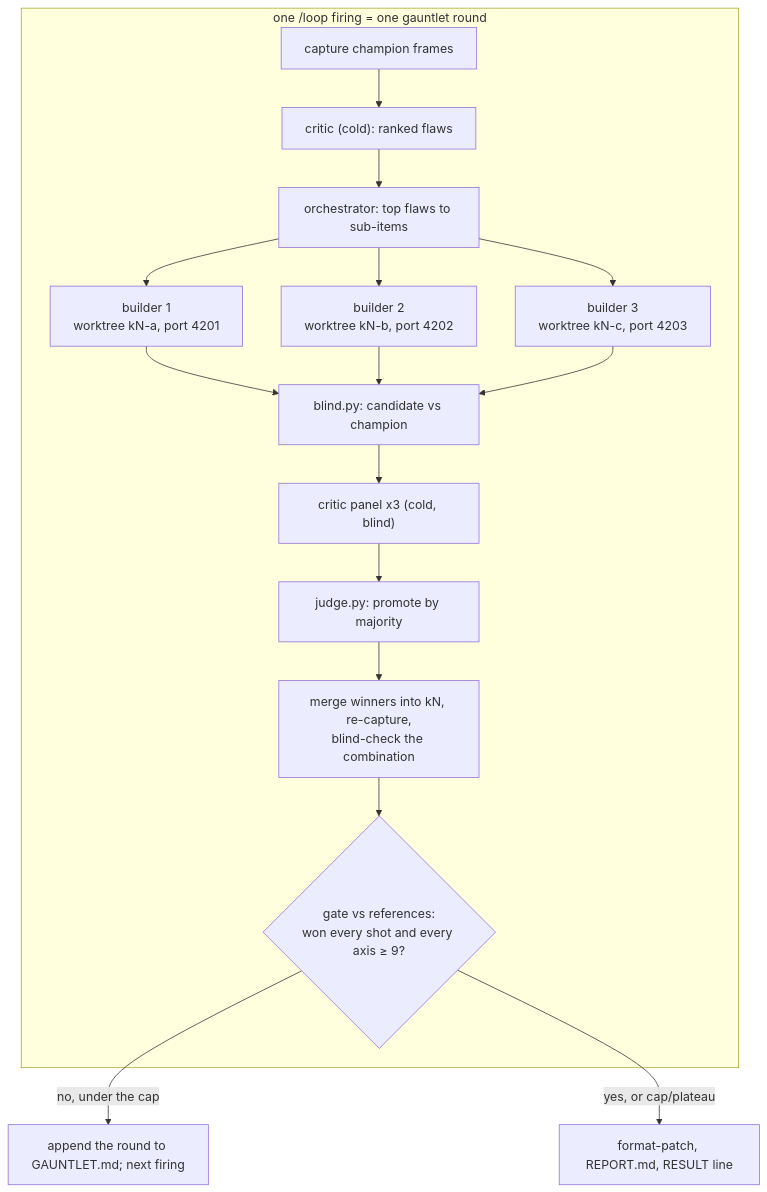
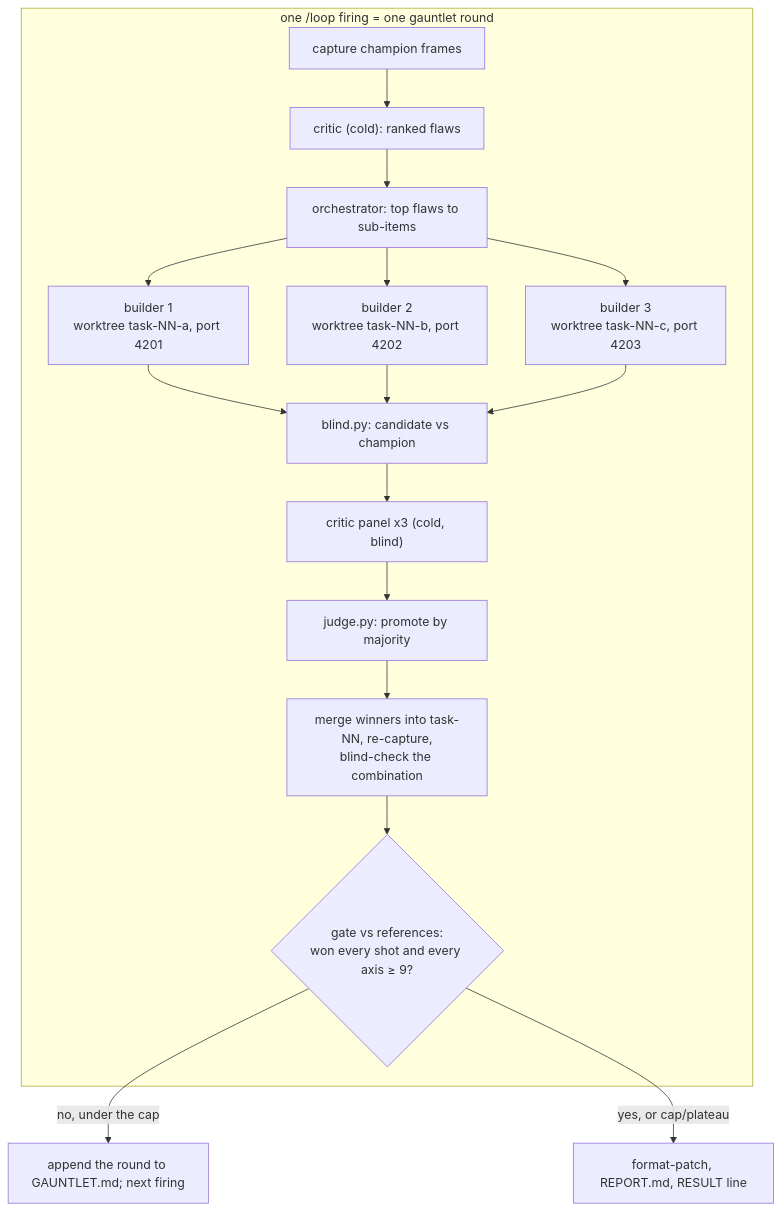
One commit to btech-software/autonomous-flow changed the diagram in example/EXAMPLE_GAME_THREEJS.md. Above: the diagram before and after it, drawn with Mermaid. The commit also changed other lines of this file and 9 other files, not shown here.

````diff
--- a/example/EXAMPLE_GAME_THREEJS.md
+++ b/example/EXAMPLE_GAME_THREEJS.md
@@ -93,17 +93,17 @@
 ```mermaid
 flowchart TB
   subgraph Round["one /loop firing = one gauntlet round"]
     C0[capture champion frames] --> CR["critic (cold): ranked flaws"]
     CR --> SPLIT[orchestrator: top flaws to sub-items]
-    SPLIT --> B1[builder 1<br/>worktree kN-a, port 4201]
-    SPLIT --> B2[builder 2<br/>worktree kN-b, port 4202]
-    SPLIT --> B3[builder 3<br/>worktree kN-c, port 4203]
+    SPLIT --> B1[builder 1<br/>worktree task-NN-a, port 4201]
+    SPLIT --> B2[builder 2<br/>worktree task-NN-b, port 4202]
+    SPLIT --> B3[builder 3<br/>worktree task-NN-c, port 4203]
     B1 & B2 & B3 --> BL[blind.py: candidate vs champion]
     BL --> PANEL["critic panel x3 (cold, blind)"]
     PANEL --> J[judge.py: promote by majority]
-    J --> M[merge winners into kN, re-capture,<br/>blind-check the combination]
+    J --> M[merge winners into task-NN, re-capture,<br/>blind-check the combination]
     M --> G{"gate vs references:<br/>won every shot and every axis ≥ 9?"}
   end
   G -- no, under the cap --> NEXT[append the round to GAUNTLET.md; next firing]
   G -- yes, or cap/plateau --> D[format-patch, REPORT.md, RESULT line]
 ```
````
